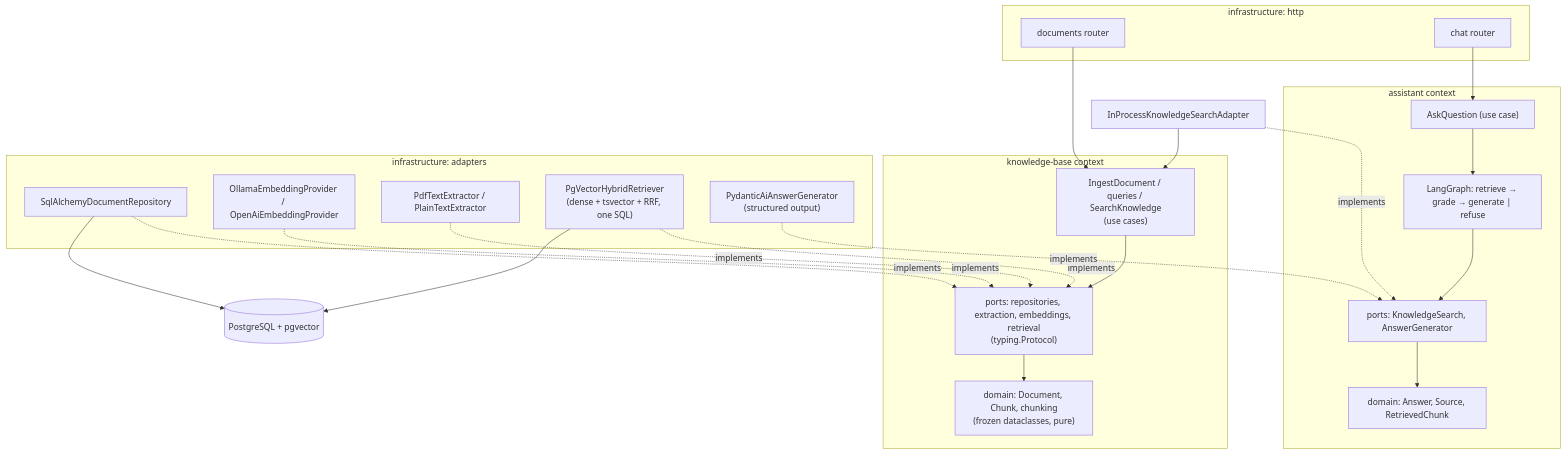
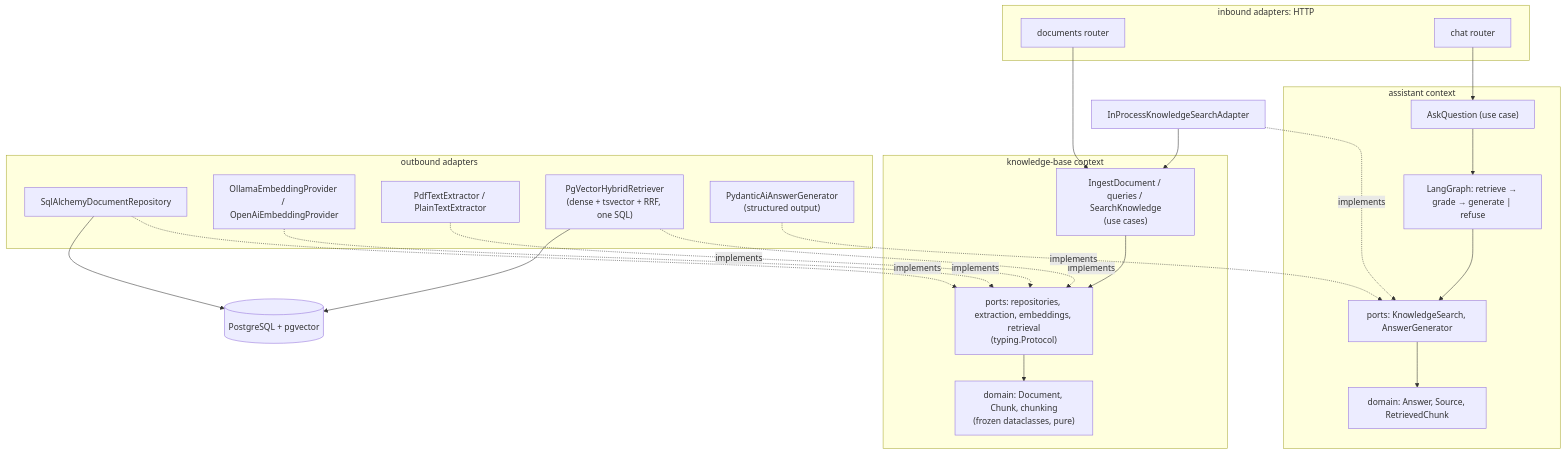
The first of 2 diagrams in README.md (victormartingil/fastapi-langgraph-rag-hexagonal), drawn with Mermaid before and after one commit. The commit also changed other lines of this file and 117 other files, not shown here.

````diff
--- a/README.md
+++ b/README.md
@@ -77,44 +77,44 @@
 ```mermaid
 flowchart TB
-    subgraph HTTP["infrastructure: http"]
+    subgraph HTTP["inbound adapters: HTTP"]
         DR["documents router"]
         CR["chat router"]
     end
 
     subgraph DOC["knowledge-base context"]
         DUC["IngestDocument / queries / SearchKnowledge<br/>(use cases)"]
         DP["ports: repositories, extraction, embeddings, retrieval<br/>(typing.Protocol)"]
         DD["domain: Document, Chunk, chunking<br/>(frozen dataclasses, pure)"]
         DUC --> DP --> DD
     end
 
     subgraph CHAT["assistant context"]
         AQS["AskQuestion (use case)"]
         G["LangGraph: retrieve → grade → generate | refuse"]
         CP["ports: KnowledgeSearch, AnswerGenerator"]
         CD["domain: Answer, Source, RetrievedChunk"]
         AQS --> G --> CP --> CD
     end
 
-    subgraph ADAPTERS["infrastructure: adapters"]
+    subgraph ADAPTERS["outbound adapters"]
         REPO["SqlAlchemyDocumentRepository"]
         EMB["OllamaEmbeddingProvider / OpenAiEmbeddingProvider"]
         EXT["PdfTextExtractor / PlainTextExtractor"]
         RET["PgVectorHybridRetriever<br/>(dense + tsvector + RRF, one SQL)"]
         LLM["PydanticAiAnswerGenerator<br/>(structured output)"]
     end
 
     DR --> DUC
     CR --> AQS
     REPO -.implements.-> DP
     EMB -.implements.-> DP
     EXT -.implements.-> DP
     RET -.implements.-> DP
     BRIDGE["InProcessKnowledgeSearchAdapter"] -.implements.-> CP
     BRIDGE --> DUC
     LLM -.implements.-> CP
 
     DB[("PostgreSQL + pgvector")]
     REPO --> DB
     RET --> DB
 ```
````
